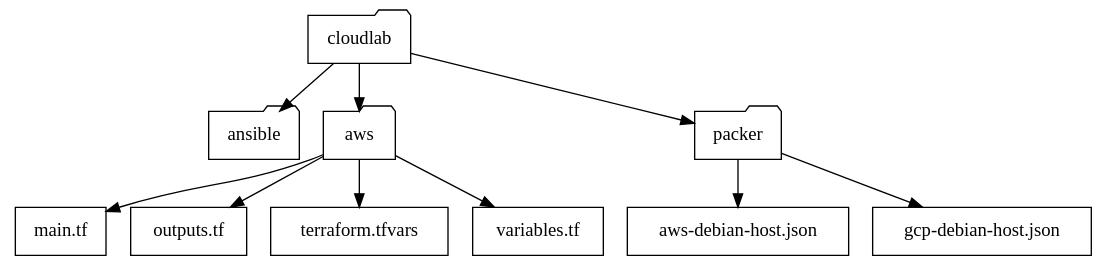
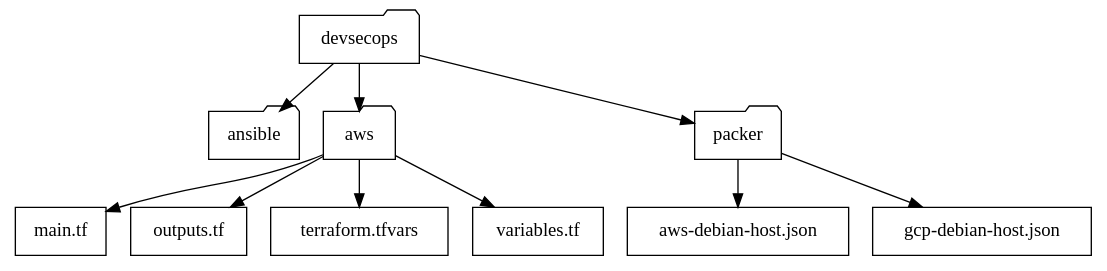
Before and after one commit to ajcborges/devsecops-tactical-workbook: the second of 2 diagrams in docs/_source/08_tools.rst, drawn with Graphviz. The commit also changed other lines of this file and 9 other files, not shown here.

```diff
--- a/docs/_source/08_tools.rst
+++ b/docs/_source/08_tools.rst
@@ -552,26 +552,26 @@
 .. graphviz::
    :caption: Updated Project Directory
    :align: center
 
    digraph folders {
-      "cloudlab" [shape=folder];
+      "devsecops" [shape=folder];
       "ansible" [shape=folder];
       "aws" [shape=folder];
       "packer" [shape=folder];
       "aws-debian-host.json" [shape=rect];
       "gcp-debian-host.json" [shape=rect];
       "main.tf" [shape=rect];
       "outputs.tf" [shape=rect];
       "terraform.tfvars" [shape=rect];
       "variables.tf" [shape=rect];
-      "cloudlab" -> "ansible";
-      "cloudlab" -> "aws";
-      "cloudlab" -> "packer";
+      "devsecops" -> "ansible";
+      "devsecops" -> "aws";
+      "devsecops" -> "packer";
       "aws" -> "main.tf";
       "aws" -> "outputs.tf";
       "aws" -> "terraform.tfvars";
       "aws" -> "variables.tf";
       "packer" -> "aws-debian-host.json";
       "packer" -> "gcp-debian-host.json";
 
    }
```
